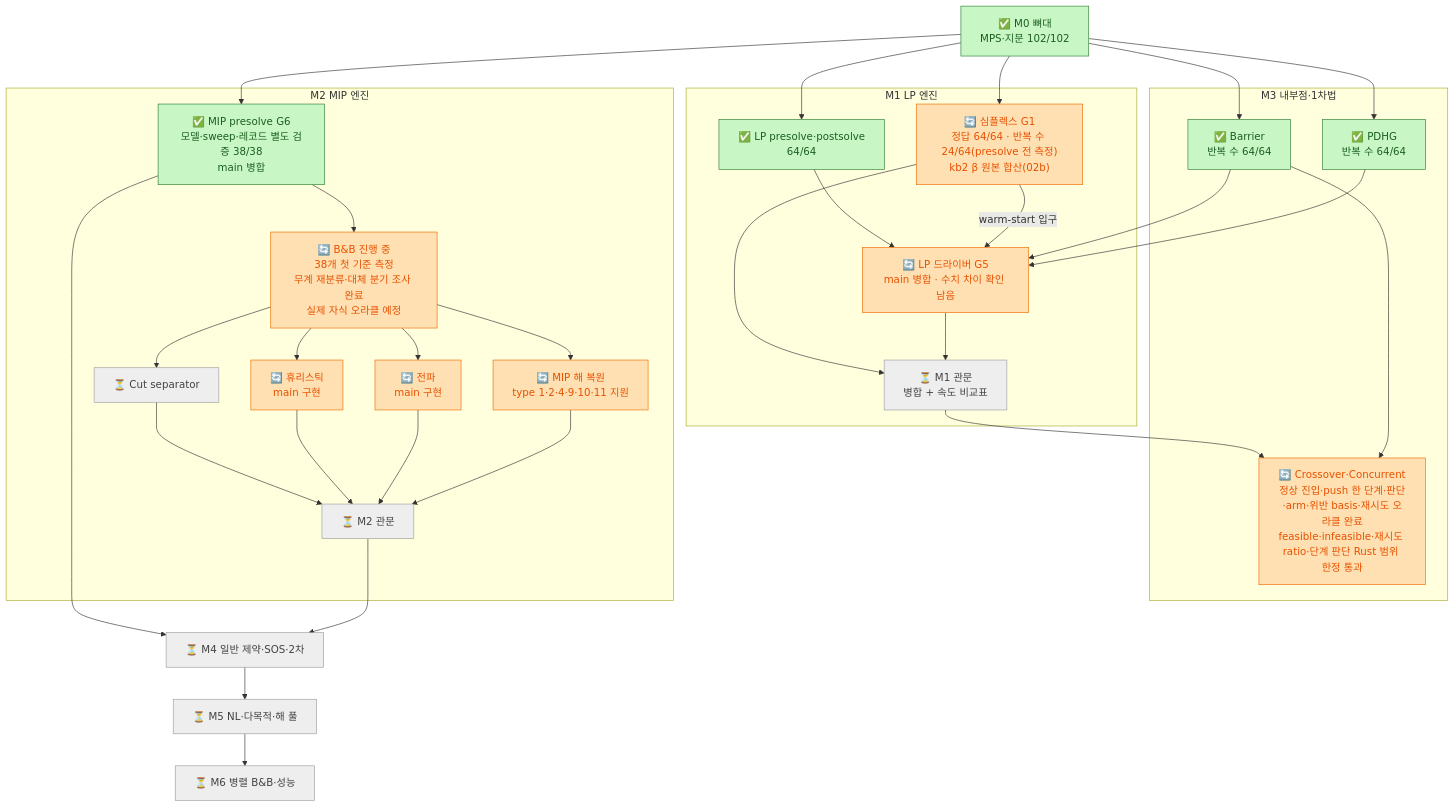
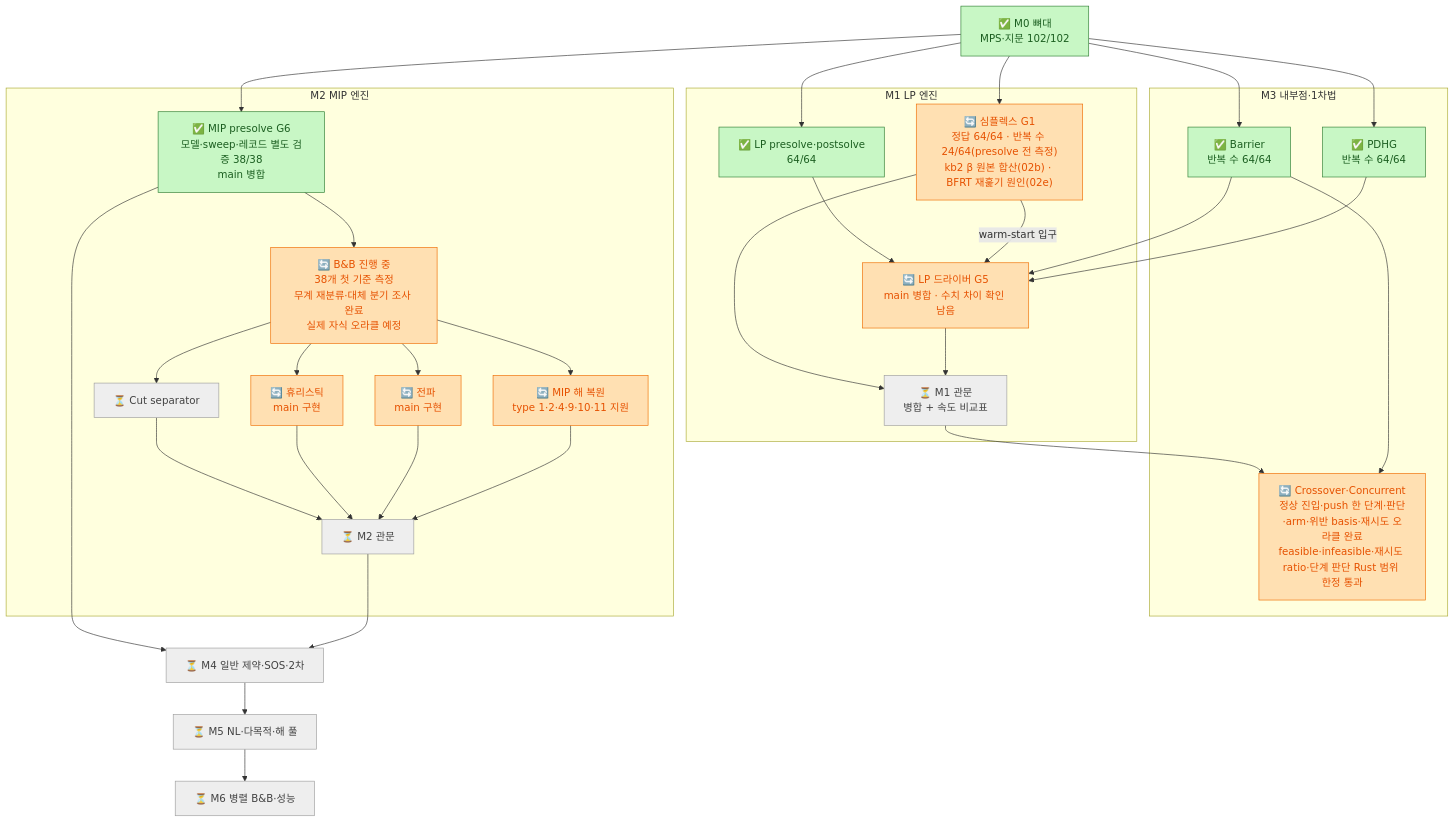
The diagram in docs/12_roadmap_diagram.md (kjh278231/kerobi), drawn with Mermaid before and after one commit. The commit also changed other lines of this file and 2 other files, not shown here.

Commit message:
M1-02e: 진행·로드맵·스프린트 표(02f 새 행)

````diff
--- a/docs/12_roadmap_diagram.md
+++ b/docs/12_roadmap_diagram.md
@@ -89,49 +91,49 @@
 ```mermaid
 flowchart TD
     classDef done fill:#c8f7c5,stroke:#2e7d32,color:#1b5e20
     classDef doing fill:#ffe0b2,stroke:#ef6c00,color:#e65100
     classDef pending fill:#bbdefb,stroke:#1565c0,color:#0d47a1
     classDef todo fill:#eeeeee,stroke:#9e9e9e,color:#424242
 
     M0["✅ M0 뼈대<br/>MPS·지문 102/102"]:::done
 
     subgraph M1["M1 LP 엔진"]
         PRE["✅ LP presolve·postsolve<br/>64/64"]:::done
-        SPX["🔄 심플렉스 G1<br/>정답 64/64 · 반복 수 24/64(presolve 전 측정)<br/>kb2 β 원본 합산(02b)"]:::doing
+        SPX["🔄 심플렉스 G1<br/>정답 64/64 · 반복 수 24/64(presolve 전 측정)<br/>kb2 β 원본 합산(02b) · BFRT 재훑기 원인(02e)"]:::doing
         DRV["🔄 LP 드라이버 G5<br/>main 병합 · 수치 차이 확인 남음"]:::doing
         GATE1["⏳ M1 관문<br/>병합 + 속도 비교표"]:::todo
     end
 
     subgraph M3["M3 내부점·1차법"]
         BAR["✅ Barrier<br/>반복 수 64/64"]:::done
         PDHG["✅ PDHG<br/>반복 수 64/64"]:::done
         XO["🔄 Crossover·Concurrent<br/>정상 진입·push 한 단계·판단·arm·위반 basis·재시도 오라클 완료<br/>feasible·infeasible·재시도 ratio·단계 판단 Rust 범위 한정 통과"]:::doing
     end
 
     subgraph M2["M2 MIP 엔진"]
         MPRE["✅ MIP presolve G6<br/>모델·sweep·레코드 별도 검증 38/38<br/>main 병합"]:::done
         BNB["🔄 B&B 진행 중<br/>38개 첫 기준 측정<br/>무계 재분류·대체 분기 조사 완료<br/>실제 자식 오라클 예정"]:::doing
         CUT["⏳ Cut separator"]:::todo
         HEU["🔄 휴리스틱<br/>main 구현"]:::doing
         PROP["🔄 전파<br/>main 구현"]:::doing
         POST["🔄 MIP 해 복원<br/>type 1·2·4·9·10·11 지원"]:::doing
         GATE2["⏳ M2 관문"]:::todo
     end
 
     M4["⏳ M4 일반 제약·SOS·2차"]:::todo
     M5["⏳ M5 NL·다목적·해 풀"]:::todo
     M6["⏳ M6 병렬 B&B·성능"]:::todo
 
     M0 --> PRE & SPX & BAR & PDHG & MPRE
     PRE --> DRV
     BAR & PDHG --> DRV
     SPX -- "warm-start 입구" --> DRV
     SPX & DRV --> GATE1
     GATE1 --> XO
     BAR --> XO
     MPRE --> BNB
     BNB --> CUT & HEU & PROP & POST
     CUT & HEU & PROP & POST --> GATE2
     MPRE --> M4
     GATE2 --> M4 --> M5 --> M6
 ```
````
